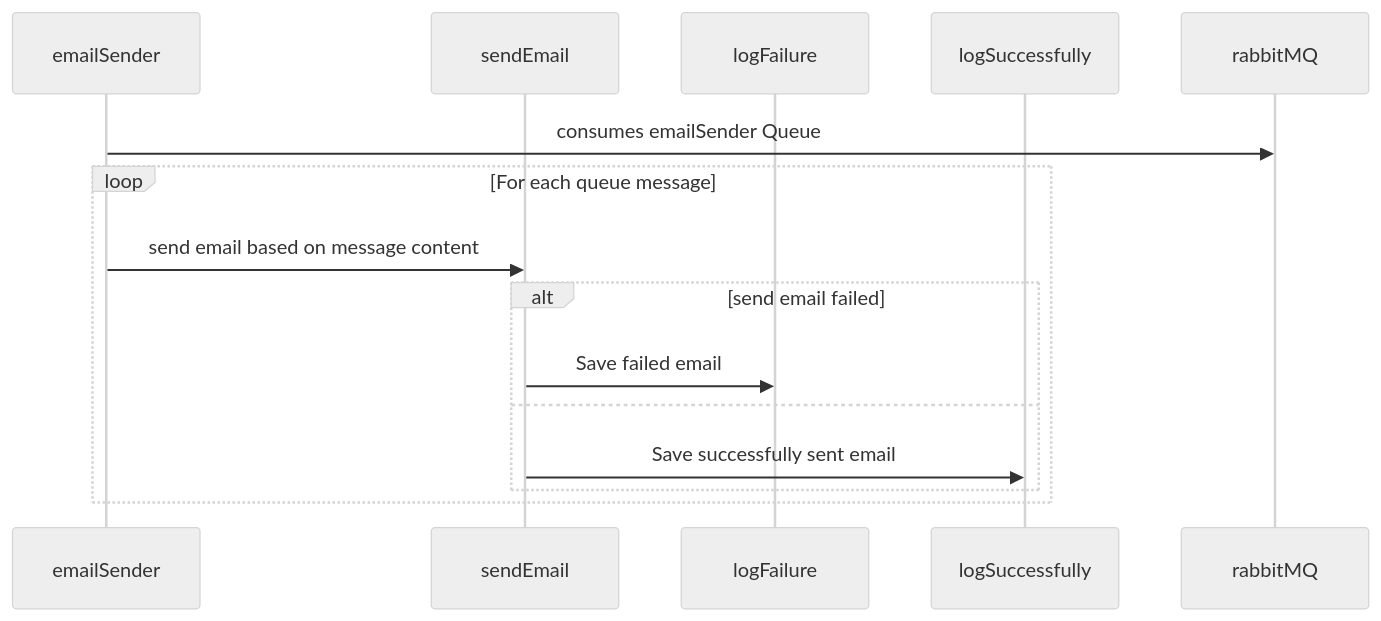
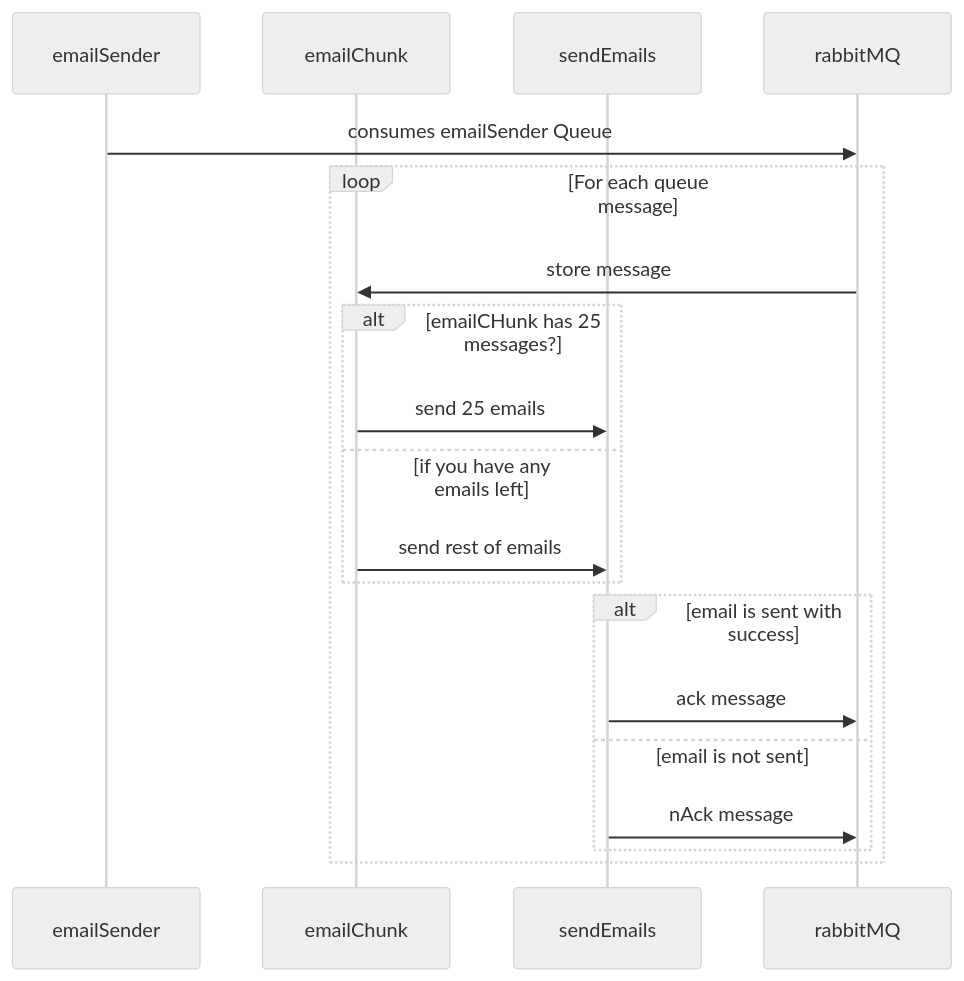
One commit to ocodista/trampar-de-casa changed the diagram in apps/auto-email-sender/email-sender/README.md. Above: the diagram before and after it, drawn with Mermaid (neutral theme).

Commit message:
docs[email-sender]: update mermaid

````diff
--- a/apps/auto-email-sender/email-sender/README.md
+++ b/apps/auto-email-sender/email-sender/README.md
@@ -48,18 +48,25 @@
 ```mermaid
 sequenceDiagram
 participant emailSender
-participant sendEmail
-participant logFailure
-participant logSuccessfully
+participant emailChunk
+participant sendEmails
 participant rabbitMQ
 
 emailSender->>rabbitMQ:consumes emailSender Queue
+
 loop For each queue message
-  emailSender->>sendEmail: send email based on message content
-  alt send email failed
-    sendEmail->>logFailure:Save failed email
-  else
-    sendEmail->>logSuccessfully: Save successfully sent email
+  rabbitMQ->>emailChunk: store message
+
+  alt emailCHunk has 25 messages?
+    emailChunk->>sendEmails: send 25 emails
+  else if you have any emails left
+    emailChunk->>sendEmails: send rest of emails
+  end
+
+  alt email is sent with success
+    sendEmails->>rabbitMQ: ack message
+  else email is not sent
+    sendEmails->>rabbitMQ: nAck message
   end
 end
 ```
````
